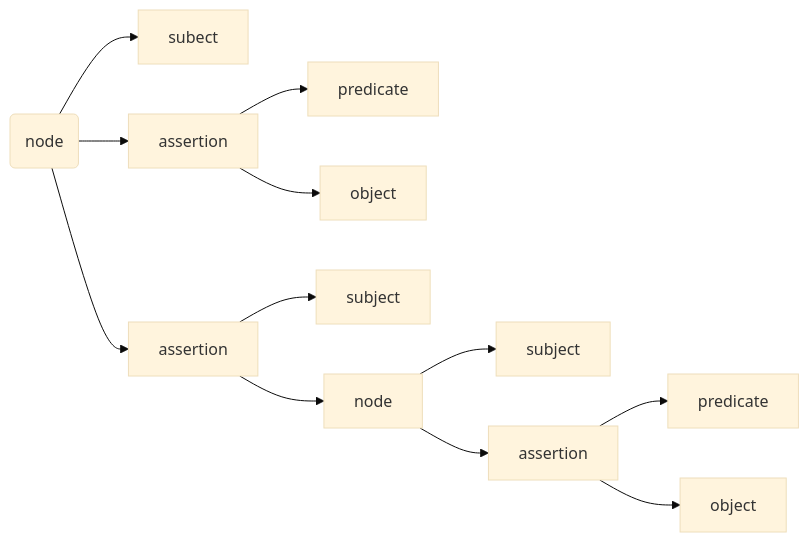
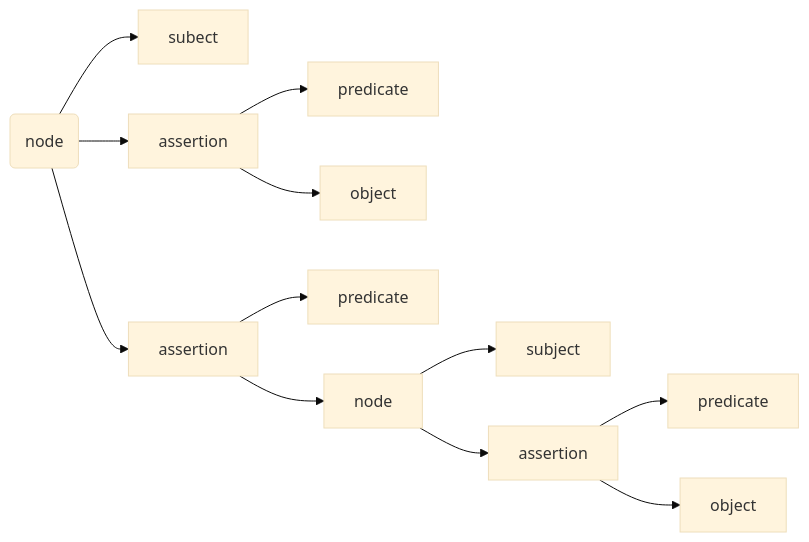
Before and after one commit to zingolabs/zmigrate: the second of 2 diagrams in docs/attachments.md, drawn with Mermaid (base theme).

````diff
--- a/docs/attachments.md
+++ b/docs/attachments.md
@@ -54,26 +54,26 @@
 ```mermaid
 graph LR
     1("node")
     2["subect"]
     3["assertion"]
     4["predicate"]
     5["object"]
     6["assertion"]
-    7["subject"]
+    7["predicate"]
     8["node"]
     9["subject"]
     10["assertion"]
     11["predicate"]
     12["object"]
     1 --> 2
     1 --> 3
     3 --> 4
     3 --> 5
     1 --> 6
     6 --> 7
     6 --> 8
     8 --> 9
     8 --> 10
     10 --> 11
     10 --> 12
 ```
````
